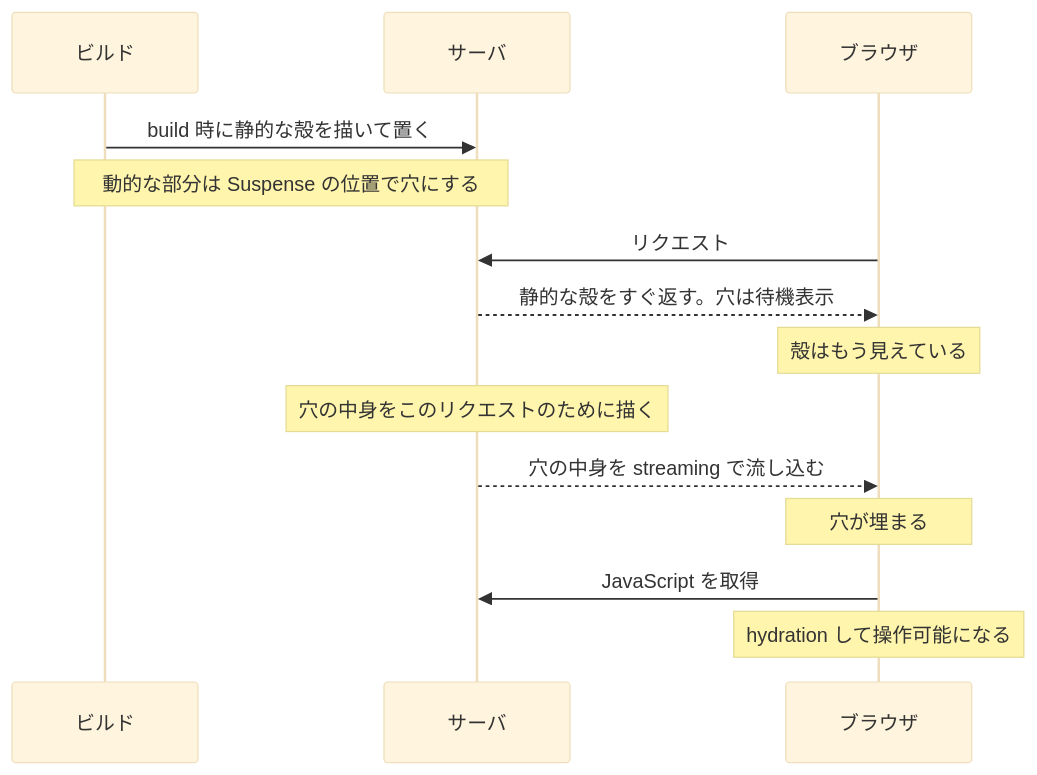
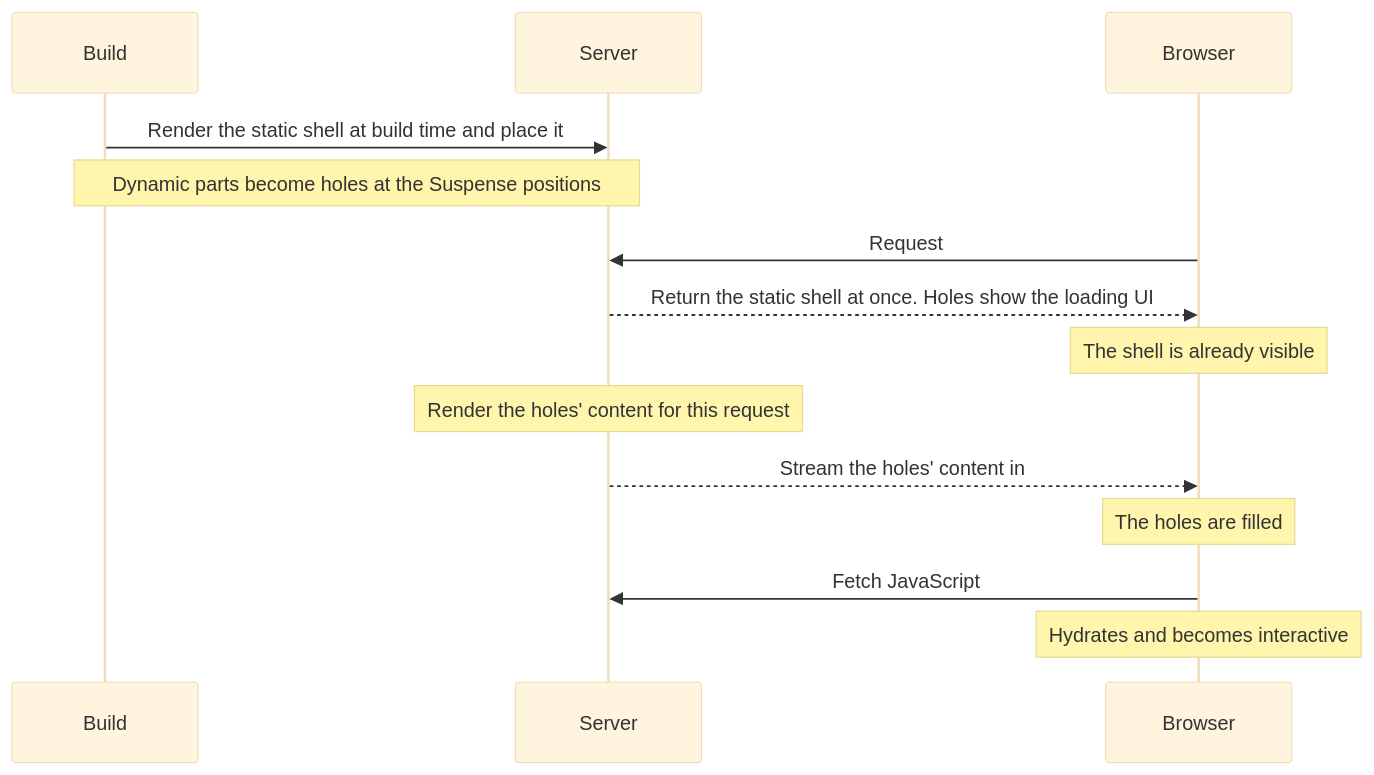
Before and after one commit to Tomy-ch/nextjs-boilerplate: the fourth of 4 diagrams in docs/design/rendering.md, drawn with Mermaid (base theme). The commit also changed other lines of this file and 189 other files, not shown here.

````diff
--- a/docs/design/rendering.md
+++ b/docs/design/rendering.md
@@ -110,16 +110,16 @@
 ```mermaid
 sequenceDiagram
-  participant D as ビルド
-  participant S as サーバ
-  participant B as ブラウザ
-  D->>S: build 時に静的な殻を描いて置く
-  Note over D,S: 動的な部分は Suspense の位置で穴にする
-  B->>S: リクエスト
-  S-->>B: 静的な殻をすぐ返す。穴は待機表示
-  Note over B: 殻はもう見えている
-  Note over S: 穴の中身をこのリクエストのために描く
-  S-->>B: 穴の中身を streaming で流し込む
-  Note over B: 穴が埋まる
-  B->>S: JavaScript を取得
-  Note over B: hydration して操作可能になる
+  participant D as Build
+  participant S as Server
+  participant B as Browser
+  D->>S: Render the static shell at build time and place it
+  Note over D,S: Dynamic parts become holes at the Suspense positions
+  B->>S: Request
+  S-->>B: Return the static shell at once. Holes show the loading UI
+  Note over B: The shell is already visible
+  Note over S: Render the holes' content for this request
+  S-->>B: Stream the holes' content in
+  Note over B: The holes are filled
+  B->>S: Fetch JavaScript
+  Note over B: Hydrates and becomes interactive
 ```
````
